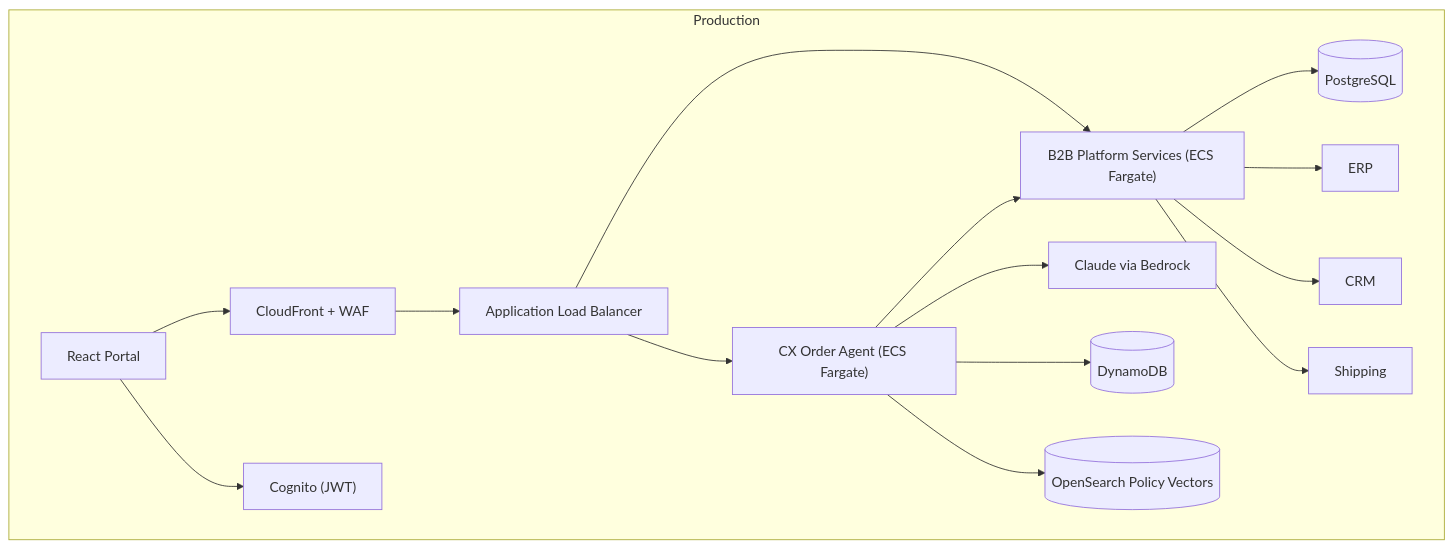
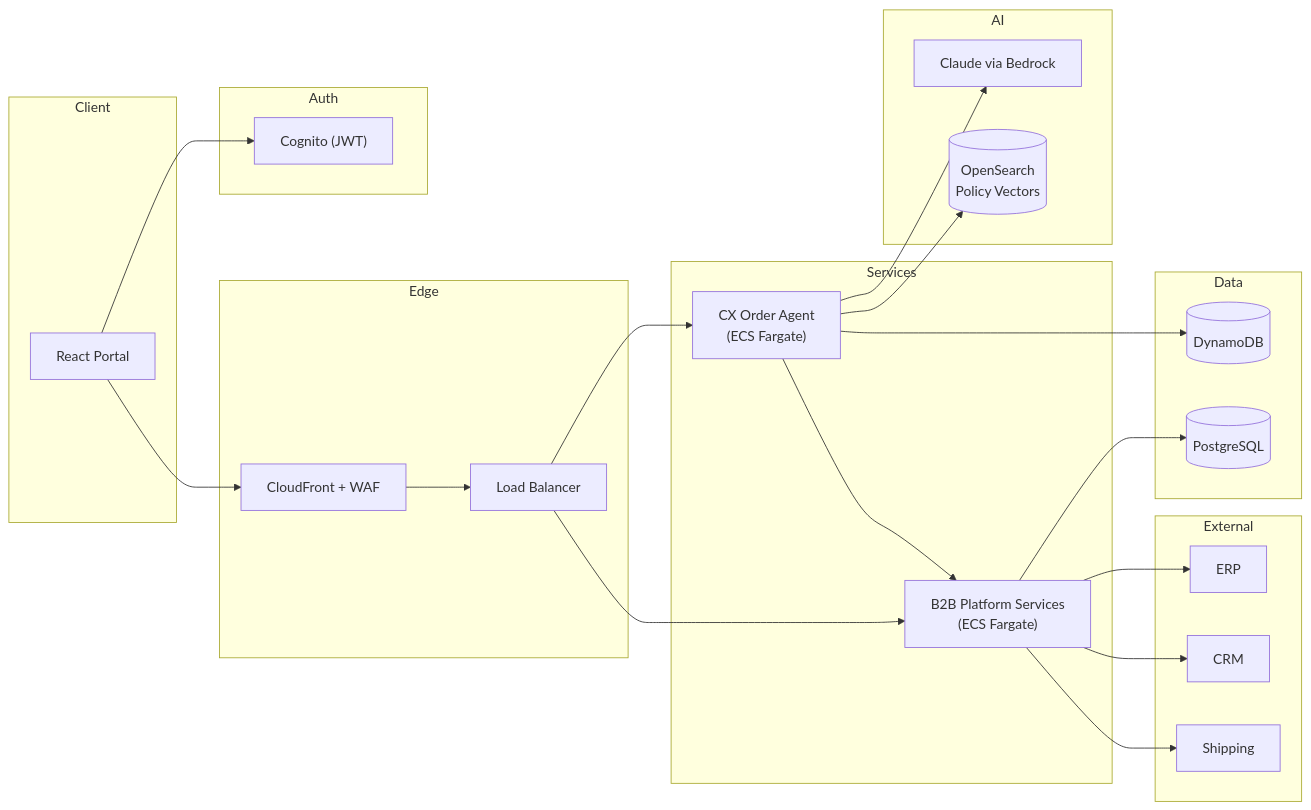
Before and after one commit to brandonvio/brightthread: the first of 2 diagrams in docs/poc.md, drawn with Mermaid. The commit also changed other lines of this file and 2 other files, not shown here.

Commit message:
design docs...

````diff
--- a/docs/poc.md
+++ b/docs/poc.md
@@ -44,21 +44,49 @@
 ```mermaid
-flowchart TB
-    subgraph Prod["Production"]
-        UI[React Portal] --> Edge[CloudFront + WAF]
-        UI --> Cognito["Cognito (JWT)"]
-        Edge --> ALB[Application Load Balancer]
+flowchart LR
+    subgraph Client
+        UI[React Portal]
+    end
 
-        ALB --> AgentSvc["CX Order Agent (ECS Fargate)"]
-        ALB --> PlatformSvc["B2B Platform Services (ECS Fargate)"]
+    subgraph Auth
+        Cognito["Cognito (JWT)"]
+    end
 
-        AgentSvc --> Bedrock[Claude via Bedrock]
-        AgentSvc --> DDB[(DynamoDB)]
-        AgentSvc --> OS[(OpenSearch Policy Vectors)]
-        AgentSvc --> PlatformSvc
+    subgraph Edge
+        CDN[CloudFront + WAF]
+        ALB[Load Balancer]
+    end
 
-        PlatformSvc --> RDS[(PostgreSQL)]
-        PlatformSvc --> ERP[ERP]
-        PlatformSvc --> CRM[CRM]
-        PlatformSvc --> Shipping[Shipping]
+    subgraph Services
+        AgentSvc["CX Order Agent<br/>(ECS Fargate)"]
+        PlatformSvc["B2B Platform Services<br/>(ECS Fargate)"]
     end
+
+    subgraph AI
+        Bedrock[Claude via Bedrock]
+        OS[(OpenSearch<br/>Policy Vectors)]
+    end
+
+    subgraph Data
+        DDB[(DynamoDB)]
+        RDS[(PostgreSQL)]
+    end
+
+    subgraph External
+        ERP[ERP]
+        CRM[CRM]
+        Shipping[Shipping]
+    end
+
+    UI --> Cognito
+    UI --> CDN --> ALB
+    ALB --> AgentSvc
+    ALB --> PlatformSvc
+    AgentSvc --> Bedrock
+    AgentSvc --> OS
+    AgentSvc --> DDB
+    AgentSvc --> PlatformSvc
+    PlatformSvc --> RDS
+    PlatformSvc --> ERP
+    PlatformSvc --> CRM
+    PlatformSvc --> Shipping
 ```
````
